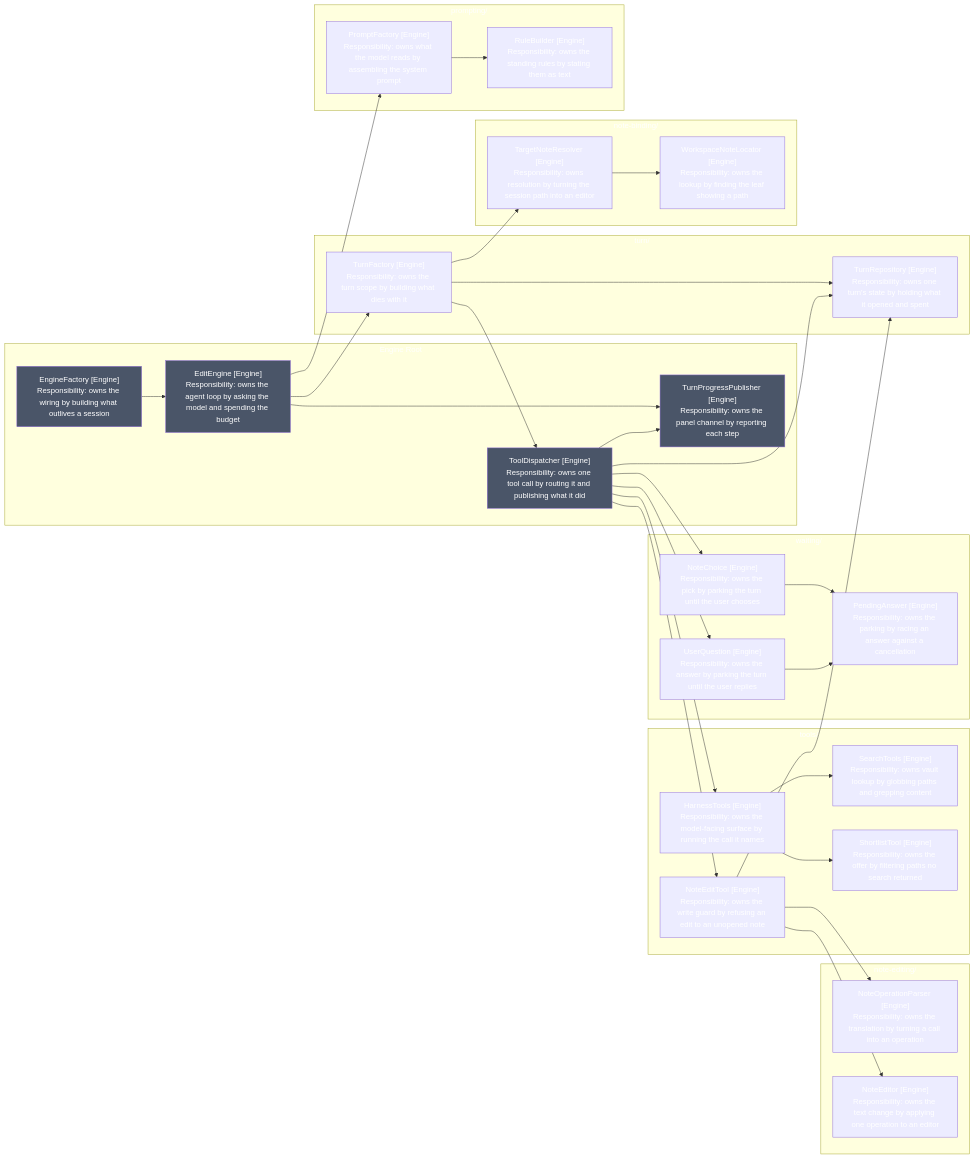
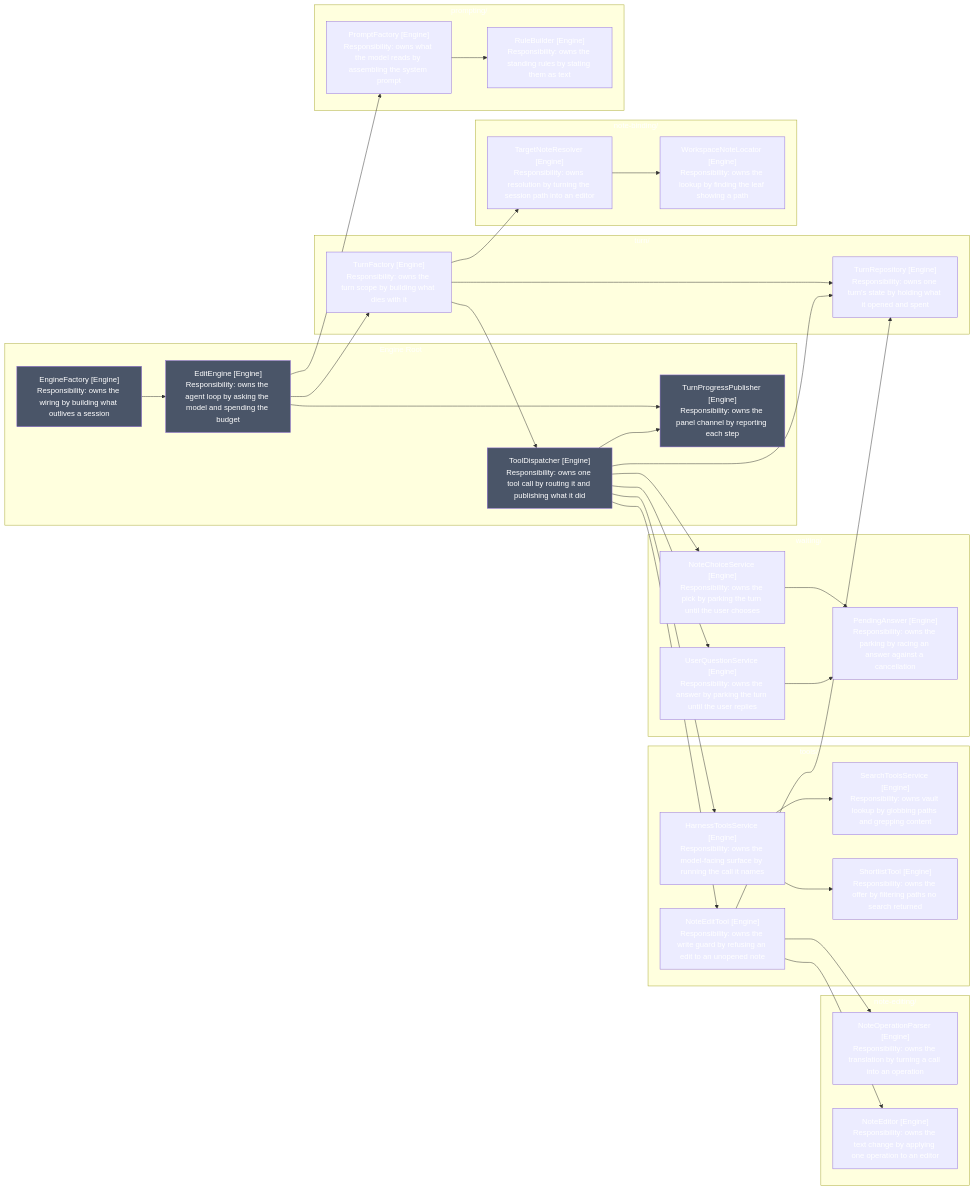
One commit to iparips/obsidian-owl changed the first of 2 diagrams in docs/spec/15-architecture-cleanup/3-diagram.md. Above: the diagram before and after it, drawn with Mermaid. The commit also changed other lines of this file and 43 other files, not shown here.

````diff
--- a/docs/spec/15-architecture-cleanup/3-diagram.md
+++ b/docs/spec/15-architecture-cleanup/3-diagram.md
@@ -5,68 +5,68 @@
 ```mermaid
 flowchart LR
     subgraph Root["Engine Root"]
         EditEngine["EditEngine [Engine]<br/>Responsibility: owns the agent loop by asking the model and spending the budget"]
         ToolDispatcher["ToolDispatcher [Engine]<br/>Responsibility: owns one tool call by routing it and publishing what it did"]
         EngineFactory["EngineFactory [Engine]<br/>Responsibility: owns the wiring by building what outlives a session"]
         Progress["TurnProgressPublisher [Engine]<br/>Responsibility: owns the panel channel by reporting each step"]
     end
 
     subgraph Turn["turn/"]
         TurnFactory["TurnFactory [Engine]<br/>Responsibility: owns the turn scope by building what dies with it"]
         TurnRepository["TurnRepository [Engine]<br/>Responsibility: owns one turn's state by holding what it opened and spent"]
     end
 
     subgraph Tools["tools/"]
-        HarnessTools["HarnessTools [Engine]<br/>Responsibility: owns the model-facing surface by running the call it names"]
-        SearchTools["SearchTools [Engine]<br/>Responsibility: owns vault lookup by globbing paths and grepping content"]
+        HarnessToolsService["HarnessToolsService [Engine]<br/>Responsibility: owns the model-facing surface by running the call it names"]
+        SearchToolsService["SearchToolsService [Engine]<br/>Responsibility: owns vault lookup by globbing paths and grepping content"]
         ShortlistTool["ShortlistTool [Engine]<br/>Responsibility: owns the offer by filtering paths no search returned"]
         NoteEditTool["NoteEditTool [Engine]<br/>Responsibility: owns the write guard by refusing an edit to an unopened note"]
     end
 
     subgraph Waiting["waiting/"]
-        NoteChoice["NoteChoice [Engine]<br/>Responsibility: owns the pick by parking the turn until the user chooses"]
-        UserQuestion["UserQuestion [Engine]<br/>Responsibility: owns the answer by parking the turn until the user replies"]
+        NoteChoiceService["NoteChoiceService [Engine]<br/>Responsibility: owns the pick by parking the turn until the user chooses"]
+        UserQuestionService["UserQuestionService [Engine]<br/>Responsibility: owns the answer by parking the turn until the user replies"]
         PendingAnswer["PendingAnswer [Engine]<br/>Responsibility: owns the parking by racing an answer against a cancellation"]
     end
 
     subgraph Editing["note-editing/"]
         NoteOperationParser["NoteOperationParser [Engine]<br/>Responsibility: owns the translation by turning a call into an operation"]
         NoteEditor["NoteEditor [Engine]<br/>Responsibility: owns the text change by applying one operation to an editor"]
     end
 
     subgraph Binding["note-binding/"]
         TargetNoteResolver["TargetNoteResolver [Engine]<br/>Responsibility: owns resolution by turning the session path into an editor"]
         WorkspaceNoteLocator["WorkspaceNoteLocator [Engine]<br/>Responsibility: owns the lookup by finding the leaf showing a path"]
     end
 
     subgraph Prompting["prompting/"]
         PromptFactory["PromptFactory [Engine]<br/>Responsibility: owns what the model reads by assembling the system prompt"]
         RuleBuilder["RuleBuilder [Engine]<br/>Responsibility: owns the standing rules by stating them as text"]
     end
 
     EngineFactory --> EditEngine
     EditEngine --> TurnFactory
     EditEngine --> PromptFactory
     EditEngine --> Progress
     TurnFactory --> TurnRepository
     TurnFactory --> ToolDispatcher
     TurnFactory --> TargetNoteResolver
-    ToolDispatcher --> HarnessTools
+    ToolDispatcher --> HarnessToolsService
     ToolDispatcher --> NoteEditTool
-    ToolDispatcher --> NoteChoice
-    ToolDispatcher --> UserQuestion
+    ToolDispatcher --> NoteChoiceService
+    ToolDispatcher --> UserQuestionService
     ToolDispatcher --> TurnRepository
     ToolDispatcher --> Progress
-    HarnessTools --> SearchTools
-    HarnessTools --> ShortlistTool
-    NoteChoice --> PendingAnswer
-    UserQuestion --> PendingAnswer
+    HarnessToolsService --> SearchToolsService
+    HarnessToolsService --> ShortlistTool
+    NoteChoiceService --> PendingAnswer
+    UserQuestionService --> PendingAnswer
     NoteEditTool --> NoteOperationParser
     NoteEditTool --> NoteEditor
     NoteEditTool --> TurnRepository
     TargetNoteResolver --> WorkspaceNoteLocator
     PromptFactory --> RuleBuilder
 
     classDef root fill:#4a5568,color:#fff
     class EditEngine,ToolDispatcher,EngineFactory,Progress root
 ```
````
